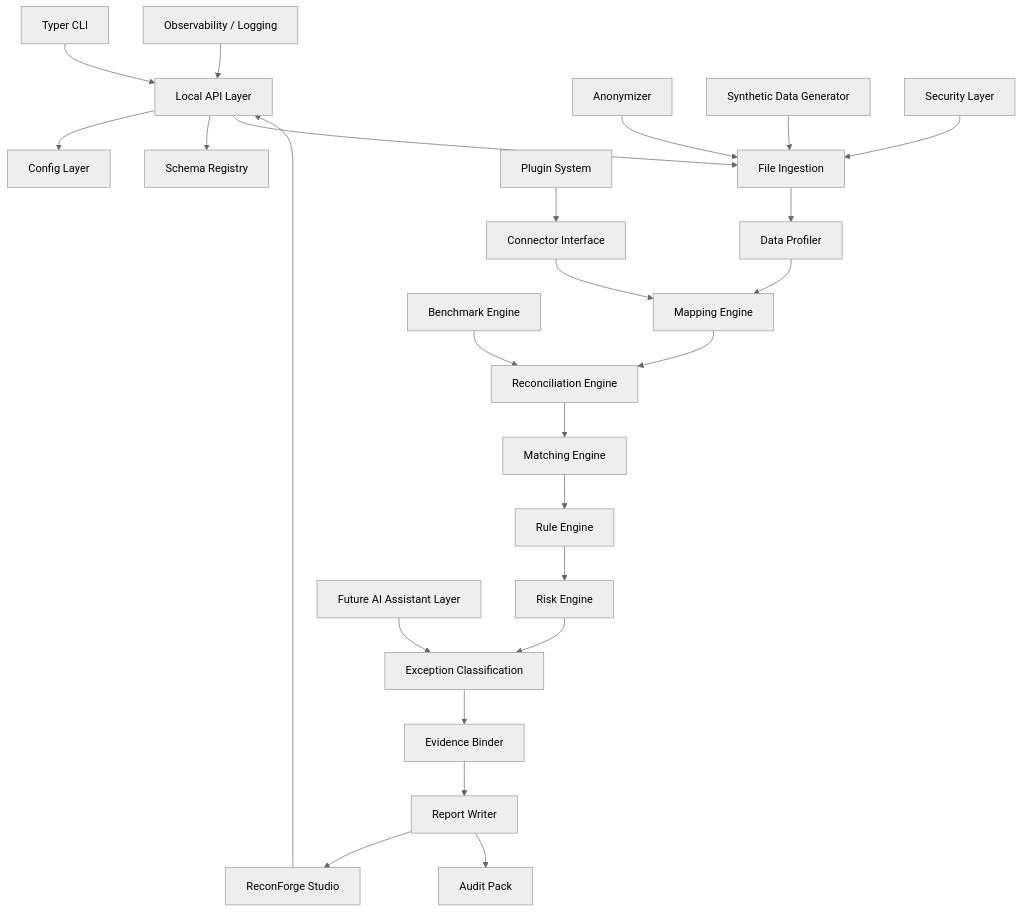
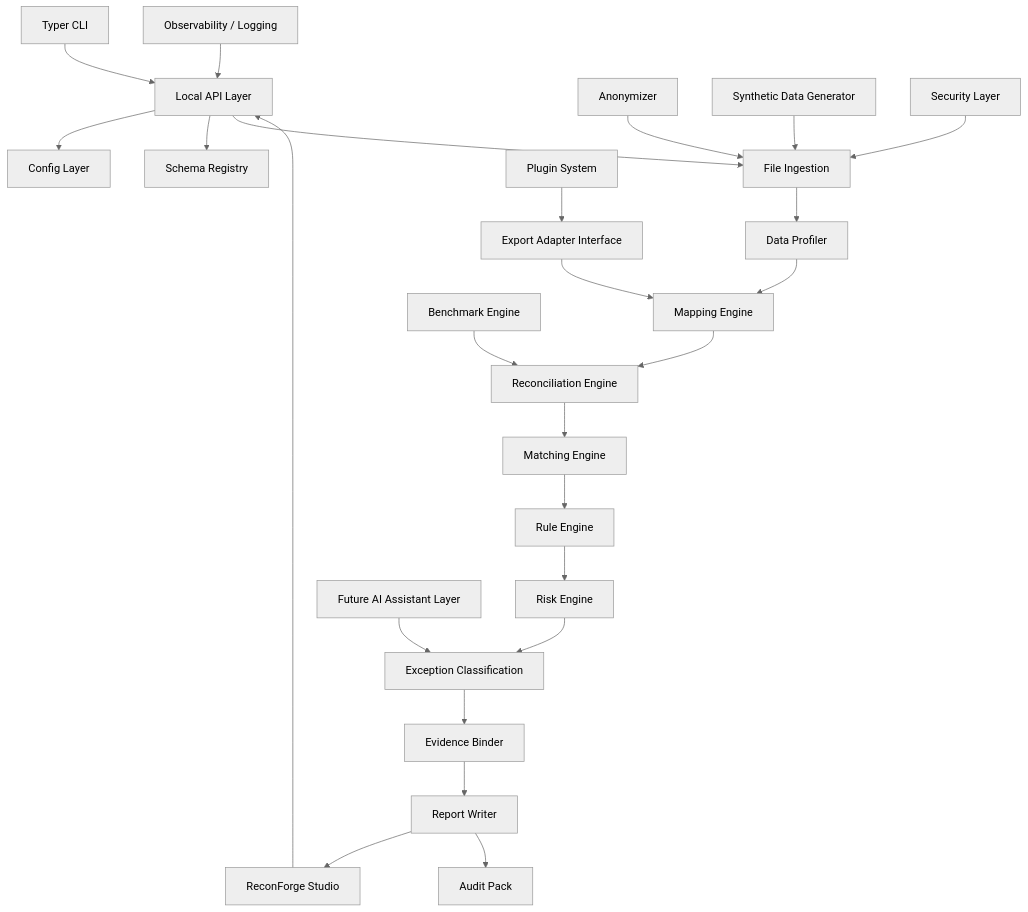
The first of 7 diagrams in docs/architecture.md (amrzainmubarak/reconforge-erp), drawn with Mermaid (neutral theme) before and after one commit. The commit also changed other lines of this file and 40 other files, not shown here.

````diff
--- a/docs/architecture.md
+++ b/docs/architecture.md
@@ -7,27 +7,27 @@
 ```mermaid
 flowchart TB
     CLI[Typer CLI] --> API[Local API Layer]
     Studio[ReconForge Studio] --> API
     API --> Config[Config Layer]
     API --> Registry[Schema Registry]
     API --> Ingestion[File Ingestion]
     Ingestion --> Profiler[Data Profiler]
     Profiler --> Mapper[Mapping Engine]
     Mapper --> Reconcile[Reconciliation Engine]
     Reconcile --> Matching[Matching Engine]
     Matching --> Rules[Rule Engine]
     Rules --> Risk[Risk Engine]
     Risk --> Exceptions[Exception Classification]
     Exceptions --> Evidence[Evidence Binder]
     Evidence --> Reports[Report Writer]
     Reports --> Studio
     Reports --> AuditPack[Audit Pack]
     Anon[Anonymizer] --> Ingestion
     Synthetic[Synthetic Data Generator] --> Ingestion
     Benchmark[Benchmark Engine] --> Reconcile
-    Plugins[Plugin System] --> Connectors[Connector Interface]
-    Connectors --> Mapper
+    Plugins[Plugin System] --> Adapters[Export Adapter Interface]
+    Adapters --> Mapper
     Security[Security Layer] --> Ingestion
     Observability[Observability / Logging] --> API
     AI[Future AI Assistant Layer] --> Exceptions
 ```
````
